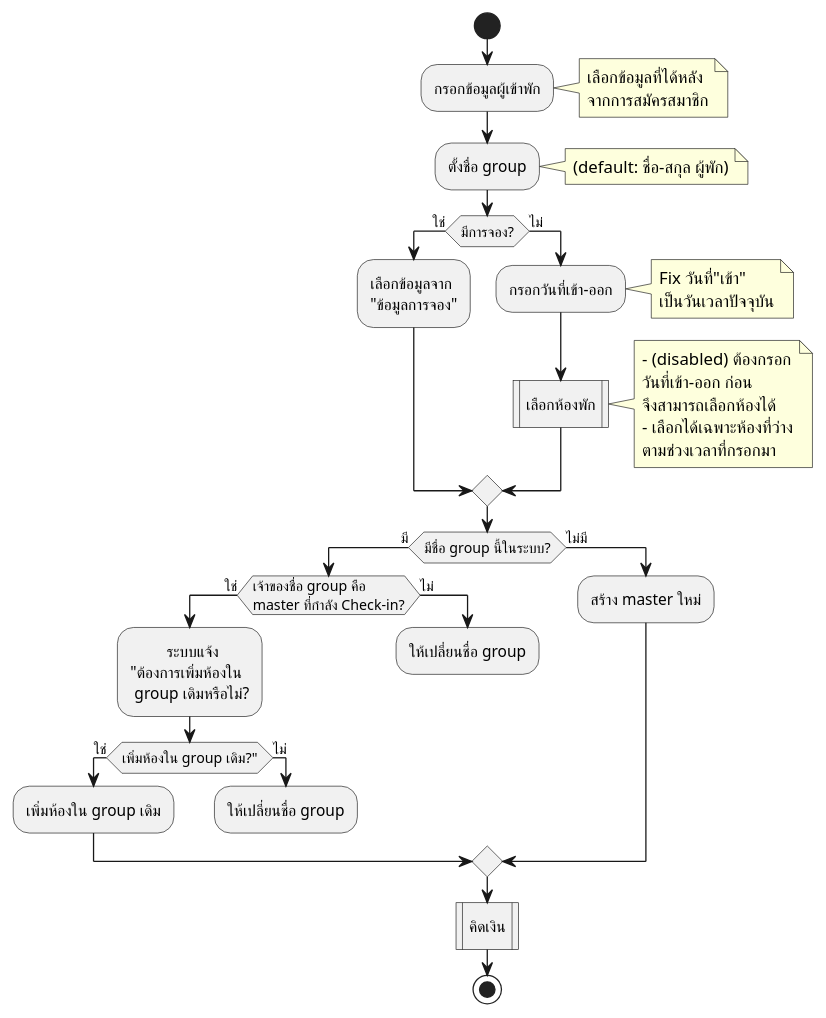
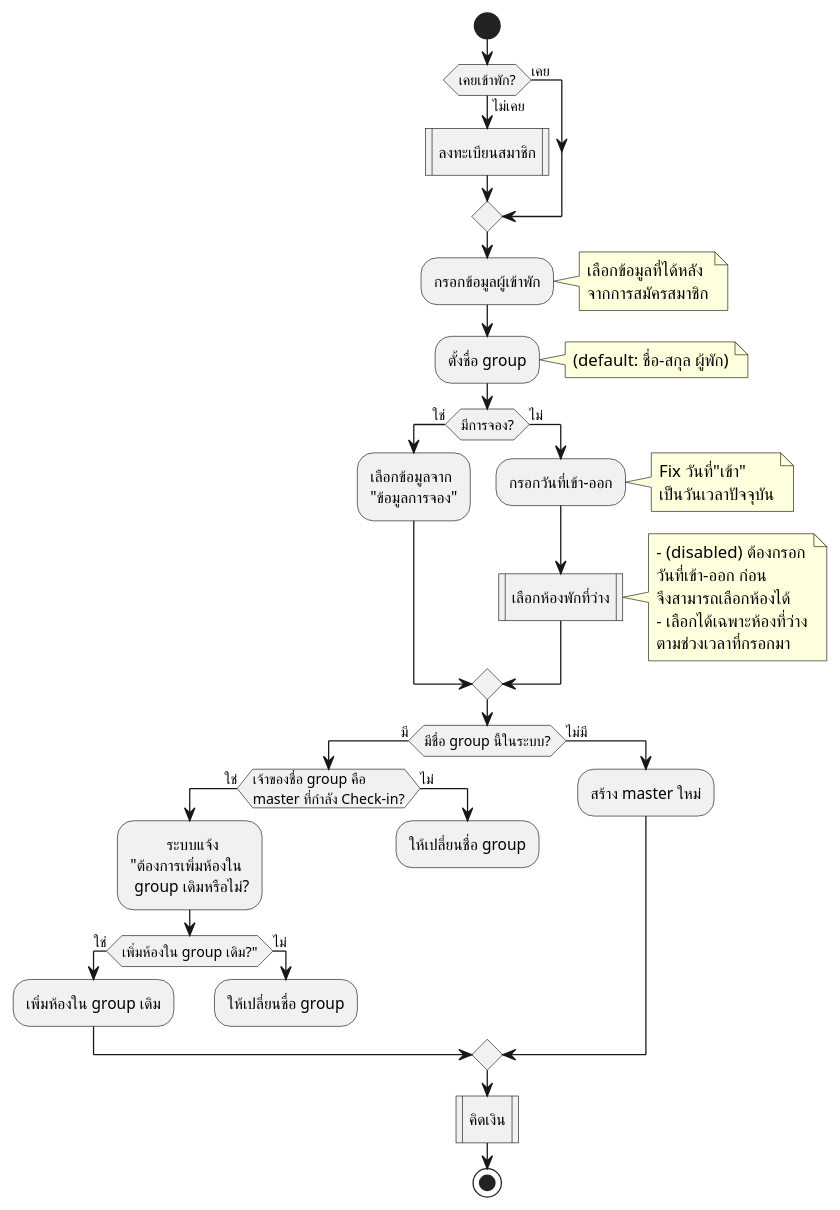
The diagram in activity-diagram/Check-in/Check-in.md (cheat13/Prompiman_Diagram), drawn with PlantUML before and after one commit. The commit also changed 4 other files, not shown here.

```diff
--- a/activity-diagram/Check-in/Check-in.md
+++ b/activity-diagram/Check-in/Check-in.md
@@ -1,53 +1,59 @@
 @startuml
 start
+
+if (เคยเข้าพัก?) then (เคย)
+
+else (ไม่เคย)
+    :ลงทะเบียนสมาชิก|
+endif
 
 :กรอกข้อมูลผู้เข้าพัก;
 note right 
     เลือกข้อมูลที่ได้หลัง
     จากการสมัครสมาชิก
 endnote
 
 :ตั้งชื่อ group;
 note right: (default: ชื่อ-สกุล ผู้พัก)
 
 if (มีการจอง?) then (ใช่)
     :เลือกข้อมูลจาก\n"ข้อมูลการจอง";
 else (ไม่)
     :กรอกวันที่เข้า-ออก;
     note right
         Fix วันที่"เข้า"
         เป็นวันเวลาปัจจุบัน
     endnote
 
-    :เลือกห้องพัก|
+    :เลือกห้องพักที่ว่าง|
     note right
         - (disabled) ต้องกรอก
         วันที่เข้า-ออก ก่อน
         จึงสามารถเลือกห้องได้
         - เลือกได้เฉพาะห้องที่ว่าง
         ตามช่วงเวลาที่กรอกมา
     endnote
 
 endif
   
 if (มีชื่อ group นี้ในระบบ?) then (มี)
     if (เจ้าของชื่อ group คือ\nmaster ที่กำลัง Check-in?) then (ใช่)
         :         ระบบแจ้ง\n"ต้องการเพิ่มห้องใน\n group เดิมหรือไม่?;
         if (เพิ่มห้องใน group เดิม?") then (ใช่)
         :เพิ่มห้องใน group เดิม;
         else (ไม่)
             :ให้เปลี่ยนชื่อ group;
             detach
         endif
     else (ไม่)
         :ให้เปลี่ยนชื่อ group;
         detach
     endif
 else (ไม่มี)
     :สร้าง master ใหม่;    
 endif
 
 :คิดเงิน|
 
 stop
 @enduml
```
